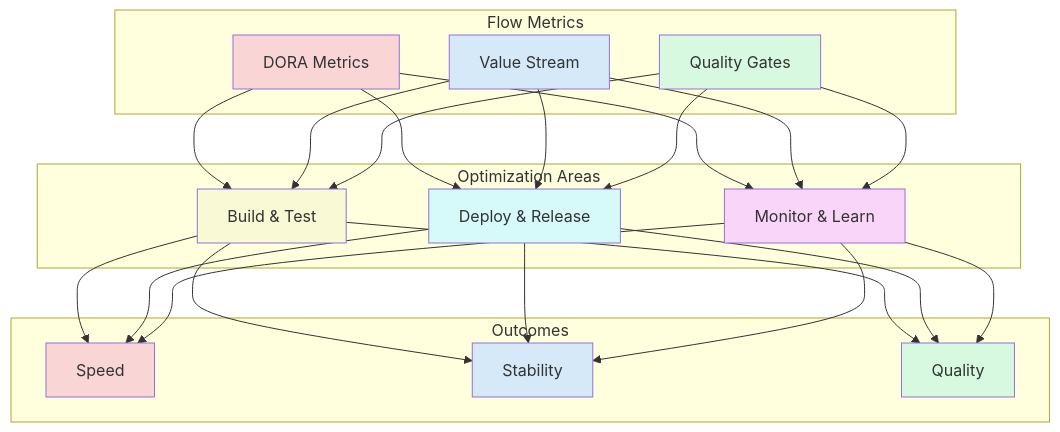
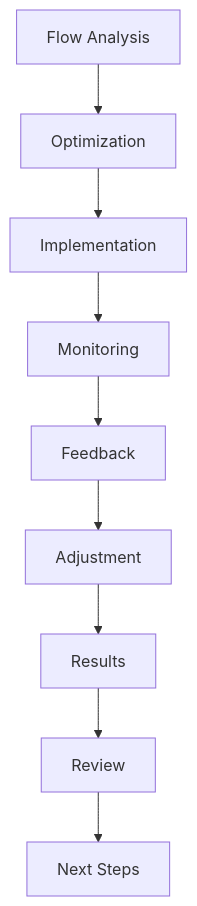
One commit to carlsendk/tech-leadership changed the first of 2 diagrams in src/content/wiki/operating-model/optimization/optimise-flow.md. Above: the diagram before and after it, drawn with Mermaid. The commit also changed other lines of this file and 16 other files, not shown here.

````diff
--- a/src/content/wiki/operating-model/optimization/optimise-flow.md
+++ b/src/content/wiki/operating-model/optimization/optimise-flow.md
@@ -16,38 +16,11 @@
 ```mermaid
 graph TD
-    subgraph "Flow Metrics"
-        A[DORA Metrics]
-        B[Value Stream]
-        C[Quality Gates]
-    end
-    
-    subgraph "Optimization Areas"
-        D[Build & Test]
-        E[Deploy & Release]
-        F[Monitor & Learn]
-    end
-    
-    subgraph "Outcomes"
-        G[Speed]
-        H[Stability]
-        I[Quality]
-    end
-    
-    A --> D & E & F
-    B --> D & E & F
-    C --> D & E & F
-    
-    D --> G & H & I
-    E --> G & H & I
-    F --> G & H & I
-    
-    style A fill:#f9d6d5
-    style B fill:#d6e9f9
-    style C fill:#d6f9e0
-    style D fill:#f9f9d6
-    style E fill:#d6f9f9
-    style F fill:#f9d6f9
-    style G fill:#f9d6d5
-    style H fill:#d6e9f9
-    style I fill:#d6f9e0
+    A[Flow Analysis] --> B[Optimization]
+    B --> C[Implementation]
+    C --> D[Monitoring]
+    D --> E[Feedback]
+    E --> F[Adjustment]
+    F --> G[Results]
+    G --> H[Review]
+    H --> I[Next Steps]
 ```
````
